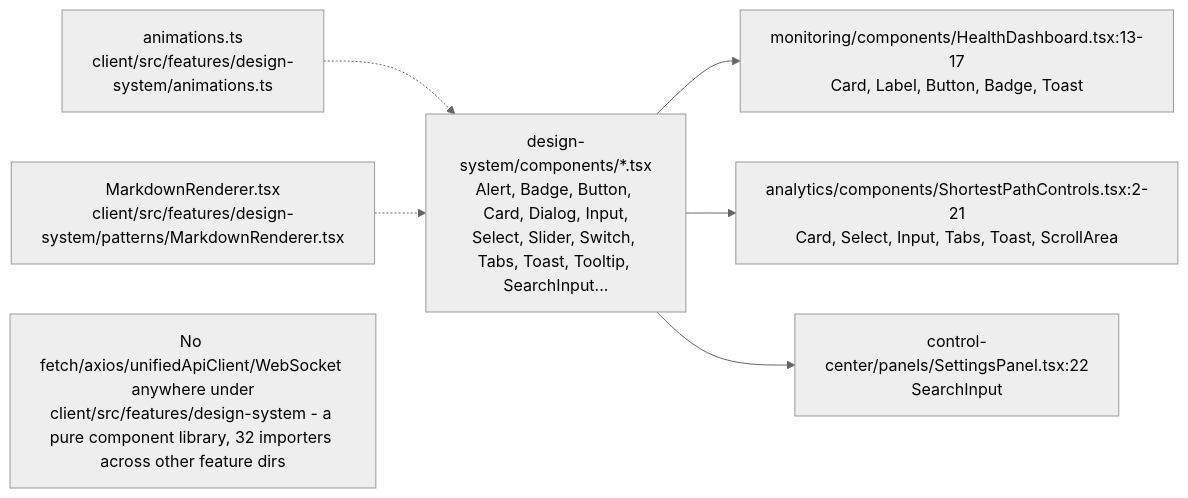
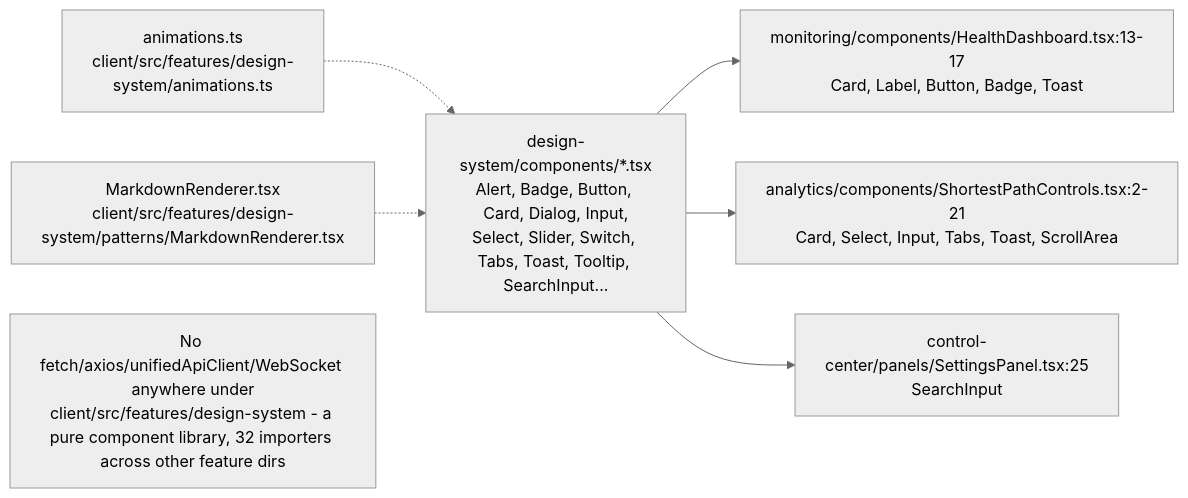
Diagram 15 of 20 in docs/diagrams/visionclaw/34-client-features.md (DreamLab-AI/VisionFlow), drawn with Mermaid (neutral theme) before and after one commit. The commit also changed other lines of this file and 56 other files, not shown here.

First line of the commit message:
docs(diagrams): re-verify VisionClaw topics at ec785afa9, add VC-19/56/57 and the VisionClaw register

````diff
--- a/docs/diagrams/visionclaw/34-client-features.md
+++ b/docs/diagrams/visionclaw/34-client-features.md
@@ -562,15 +589,15 @@
 ```mermaid
 flowchart LR
     DS["design-system/components/*.tsx<br/>Alert, Badge, Button, Card, Dialog, Input,<br/>Select, Slider, Switch, Tabs, Toast, Tooltip, SearchInput..."]
     MD["MarkdownRenderer.tsx<br/>client/src/features/design-system/patterns/MarkdownRenderer.tsx"]
     Anim["animations.ts<br/>client/src/features/design-system/animations.ts"]
     HD["monitoring/components/HealthDashboard.tsx:13-17<br/>Card, Label, Button, Badge, Toast"]
     SPC["analytics/components/ShortestPathControls.tsx:2-21<br/>Card, Select, Input, Tabs, Toast, ScrollArea"]
-    SP["control-center/panels/SettingsPanel.tsx:22<br/>SearchInput"]
+    SP["control-center/panels/SettingsPanel.tsx:25<br/>SearchInput"]
     DS --> HD
     DS --> SPC
     DS --> SP
     Anim -.-> DS
     MD -.-> DS
     Note1["No fetch/axios/unifiedApiClient/WebSocket anywhere under<br/>client/src/features/design-system - a pure component library, 32 importers across other feature dirs"]
 ```
````
